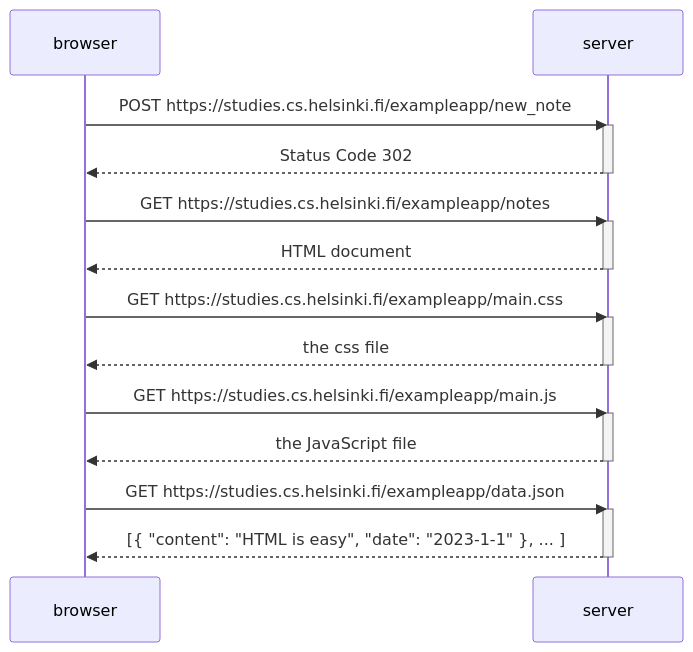
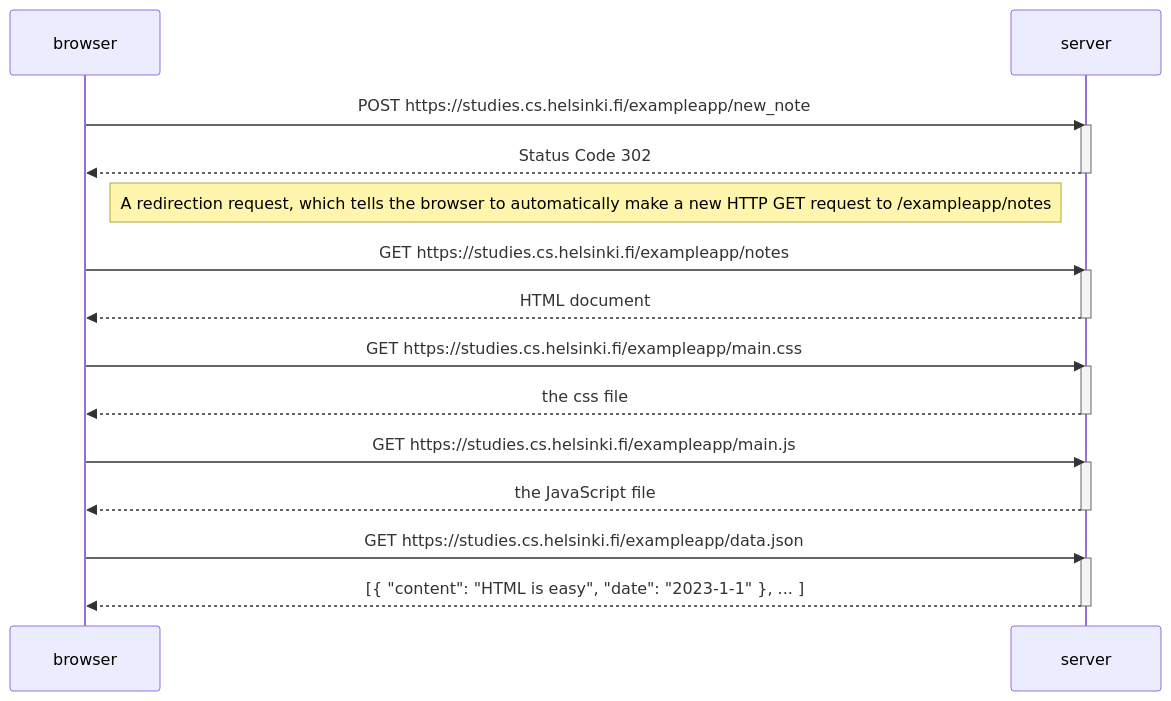
One commit to Rasper-ux/FullStack-palautusrepositorio changed the diagram in osa0/0.4-uusi_muistiinpano.md. Above: the diagram before and after it, drawn with Mermaid. The commit also changed 2 other files, not shown here.

Commit message:
Osan 0 tehtavat update

````diff
--- a/osa0/0.4-uusi_muistiinpano.md
+++ b/osa0/0.4-uusi_muistiinpano.md
@@ -1,32 +1,32 @@
 ```mermaid
 sequenceDiagram
     participant browser
     participant server
 
     browser->>server: POST https://studies.cs.helsinki.fi/exampleapp/new_note
     activate server
     server-->>browser: Status Code 302
     deactivate server
 
-    %% A redirection request, which tells the browser to automatically make a new HTTP GET request to /exampleapp/notes
+    Note right of browser: A redirection request, which tells the browser to automatically make a new HTTP GET request to /exampleapp/notes
 
     browser->>server: GET https://studies.cs.helsinki.fi/exampleapp/notes
     activate server
     server-->>browser: HTML document
     deactivate server
 
     browser->>server: GET https://studies.cs.helsinki.fi/exampleapp/main.css
     activate server
     server-->>browser: the css file
     deactivate server
 
     browser->>server: GET https://studies.cs.helsinki.fi/exampleapp/main.js
     activate server
     server-->>browser: the JavaScript file
     deactivate server
 
     browser->>server: GET https://studies.cs.helsinki.fi/exampleapp/data.json
     activate server
     server-->>browser: [{ "content": "HTML is easy", "date": "2023-1-1" }, ... ]
     deactivate server
 ```
````
